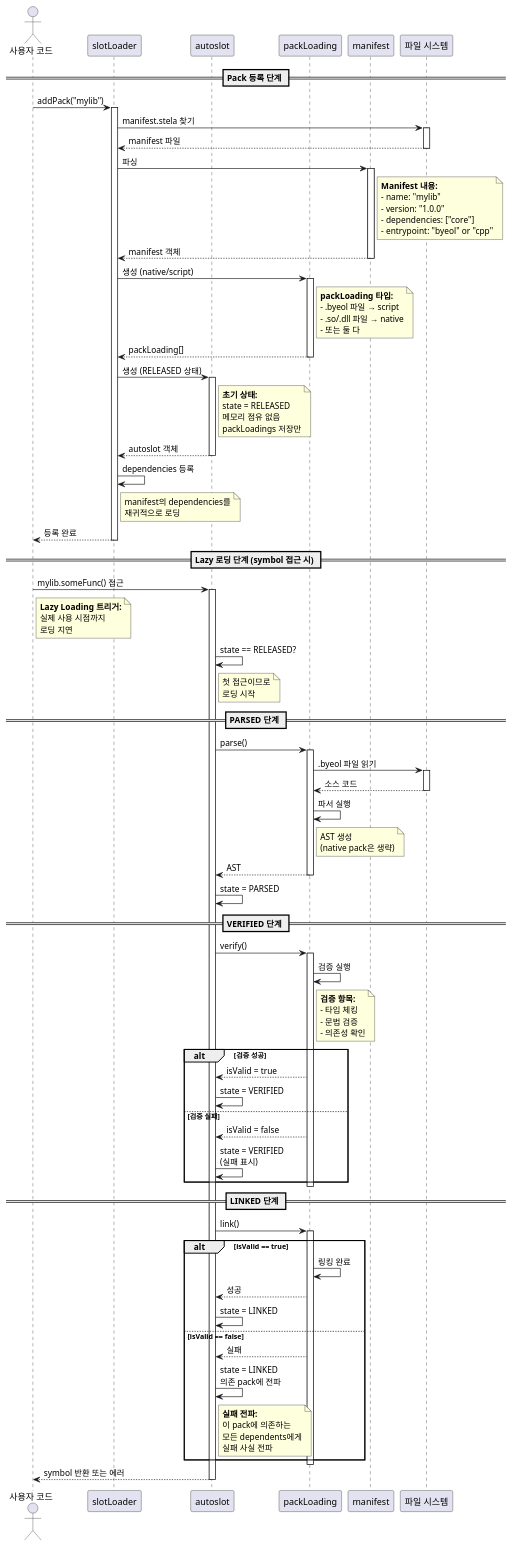
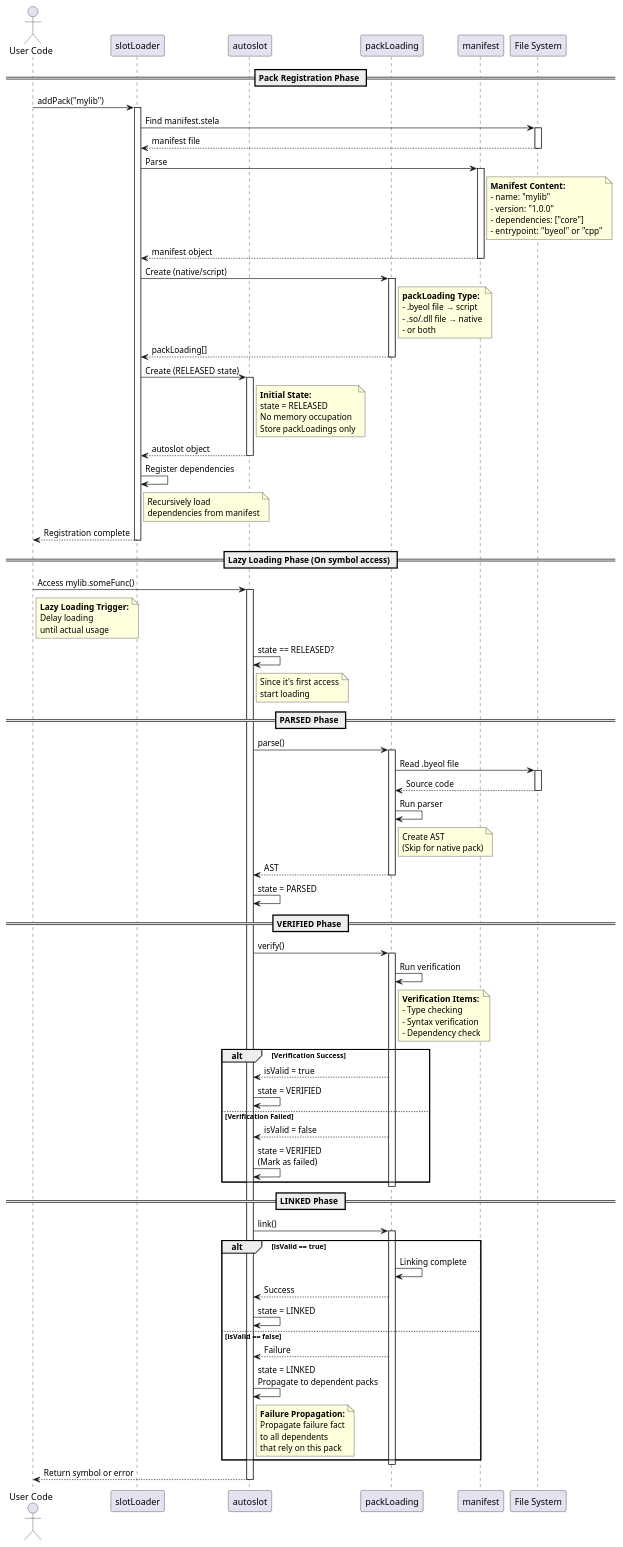
Diagram 13 of 19 in doc/ref/ko/ai-architecture-core.md (byeolang/byeol), drawn with PlantUML before and after one commit. The commit also changed other lines of this file, not shown here.

Commit message:
doc(core): translate english in plantuml to korean

```diff
--- a/doc/ref/ko/ai-architecture-core.md
+++ b/doc/ref/ko/ai-architecture-core.md
@@ -2812,103 +2812,103 @@
 @startuml
-actor "사용자 코드" as user
+actor "User Code" as user
 participant "slotLoader" as loader
 participant "autoslot" as autoslot
 participant "packLoading" as packLoading
 participant "manifest" as manifest
-participant "파일 시스템" as fs
+participant "File System" as fs
 
-== Pack 등록 단계 ==
+== Pack Registration Phase ==
 
 user -> loader : addPack("mylib")
 activate loader
 
-loader -> fs : manifest.stela 찾기
+loader -> fs : Find manifest.stela
 activate fs
 
-fs --> loader : manifest 파일
+fs --> loader : manifest file
 deactivate fs
 
-loader -> manifest : 파싱
+loader -> manifest : Parse
 activate manifest
 
 note right of manifest
-  <b>Manifest 내용:</b>
+  <b>Manifest Content:</b>
   - name: "mylib"
   - version: "1.0.0"
   - dependencies: ["core"]
   - entrypoint: "byeol" or "cpp"
 end note
 
-manifest --> loader : manifest 객체
+manifest --> loader : manifest object
 deactivate manifest
 
-loader -> packLoading : 생성 (native/script)
+loader -> packLoading : Create (native/script)
 activate packLoading
 
 note right of packLoading
-  <b>packLoading 타입:</b>
-  - .byeol 파일 → script
-  - .so/.dll 파일 → native
-  - 또는 둘 다
+  <b>packLoading Type:</b>
+  - .byeol file → script
+  - .so/.dll file → native
+  - or both
 end note
 
 packLoading --> loader : packLoading[]
 deactivate packLoading
 
-loader -> autoslot : 생성 (RELEASED 상태)
+loader -> autoslot : Create (RELEASED state)
 activate autoslot
 
 note right of autoslot
-  <b>초기 상태:</b>
+  <b>Initial State:</b>
   state = RELEASED
-  메모리 점유 없음
-  packLoadings 저장만
+  No memory occupation
+  Store packLoadings only
 end note
 
-autoslot --> loader : autoslot 객체
+autoslot --> loader : autoslot object
 deactivate autoslot
 
-loader -> loader : dependencies 등록
+loader -> loader : Register dependencies
 note right of loader
-  manifest의 dependencies를
-  재귀적으로 로딩
+  Recursively load
+  dependencies from manifest
 end note
 
-loader --> user : 등록 완료
+loader --> user : Registration complete
 deactivate loader
 
-== Lazy 로딩 단계 (symbol 접근 시) ==
+== Lazy Loading Phase (On symbol access) ==
 
-user -> autoslot : mylib.someFunc() 접근
+user -> autoslot : Access mylib.someFunc()
 activate autoslot
 
 note right of user
-  <b>Lazy Loading 트리거:</b>
-  실제 사용 시점까지
-  로딩 지연
+  <b>Lazy Loading Trigger:</b>
+  Delay loading
+  until actual usage
 end note
 
 autoslot -> autoslot : state == RELEASED?
 note right of autoslot
-  첫 접근이므로
-  로딩 시작
+  Since it's first access
+  start loading
 end note
 
-== PARSED 단계 ==
+== PARSED Phase ==
 
 autoslot -> packLoading : parse()
 activate packLoading
 
-packLoading -> fs : .byeol 파일 읽기
+packLoading -> fs : Read .byeol file
 activate fs
 
-fs --> packLoading : 소스 코드
+fs --> packLoading : Source code
 deactivate fs
 
-packLoading -> packLoading : 파서 실행
+packLoading -> packLoading : Run parser
 note right of packLoading
-  AST 생성
-  (native pack은 생략)
+  Create AST
+  (Skip for native pack)
 end note
 
 packLoading --> autoslot : AST
@@ -2916,62 +2916,62 @@
 
 autoslot -> autoslot : state = PARSED
 
-== VERIFIED 단계 ==
+== VERIFIED Phase ==
 
 autoslot -> packLoading : verify()
 activate packLoading
 
-packLoading -> packLoading : 검증 실행
+packLoading -> packLoading : Run verification
 note right of packLoading
-  <b>검증 항목:</b>
-  - 타입 체킹
-  - 문법 검증
-  - 의존성 확인
+  <b>Verification Items:</b>
+  - Type checking
+  - Syntax verification
+  - Dependency check
 end note
 
-alt 검증 성공
+alt Verification Success
 
     packLoading --> autoslot : isValid = true
     autoslot -> autoslot : state = VERIFIED
 
-else 검증 실패
+else Verification Failed
 
     packLoading --> autoslot : isValid = false
-    autoslot -> autoslot : state = VERIFIED\n(실패 표시)
+    autoslot -> autoslot : state = VERIFIED\n(Mark as failed)
 
 end
 
 deactivate packLoading
 
-== LINKED 단계 ==
+== LINKED Phase ==
 
 autoslot -> packLoading : link()
 activate packLoading
 
 alt isValid == true
 
-    packLoading -> packLoading : 링킹 완료
-    packLoading --> autoslot : 성공
+    packLoading -> packLoading : Linking complete
+    packLoading --> autoslot : Success
 
     autoslot -> autoslot : state = LINKED
 
 else isValid == false
 
-    packLoading --> autoslot : 실패
+    packLoading --> autoslot : Failure
 
-    autoslot -> autoslot : state = LINKED\n의존 pack에 전파
+    autoslot -> autoslot : state = LINKED\nPropagate to dependent packs
 
     note right of autoslot
-      <b>실패 전파:</b>
-      이 pack에 의존하는
-      모든 dependents에게
-      실패 사실 전파
+      <b>Failure Propagation:</b>
+      Propagate failure fact
+      to all dependents
+      that rely on this pack
     end note
 
 end
 
 deactivate packLoading
 
-autoslot --> user : symbol 반환 또는 에러
+autoslot --> user : Return symbol or error
 deactivate autoslot
 @enduml
```
